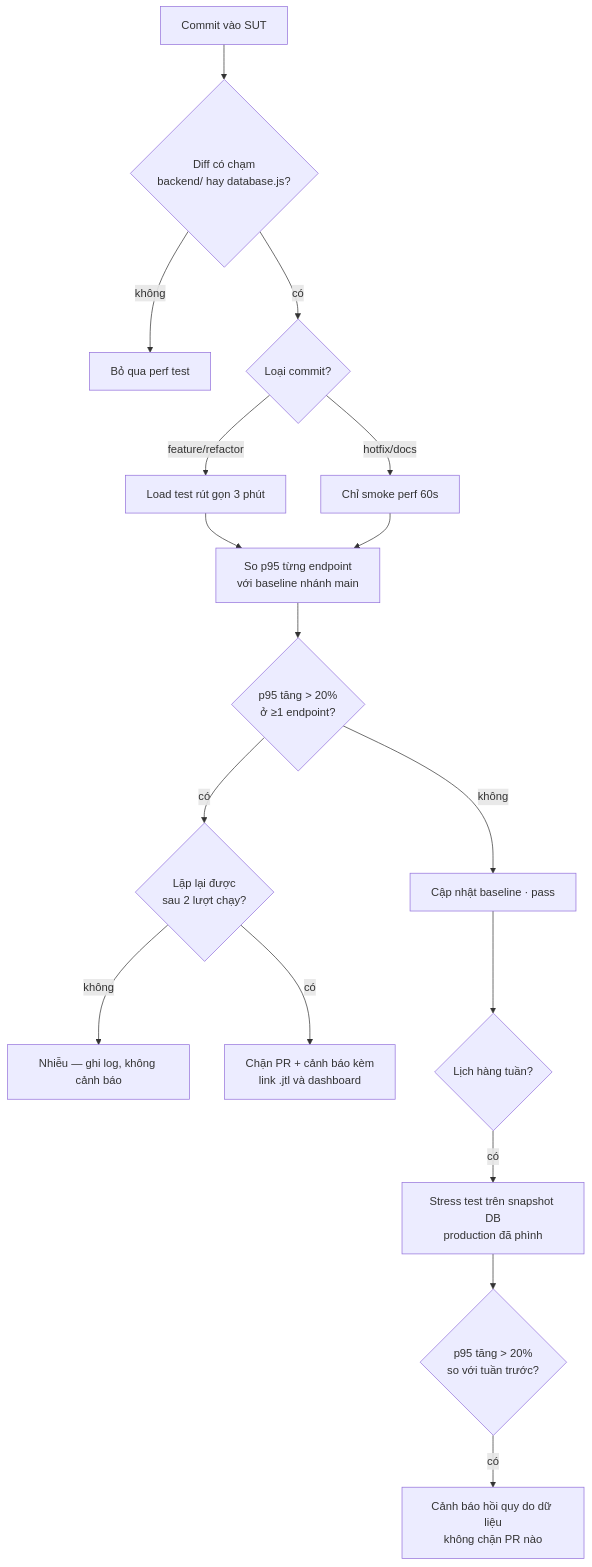
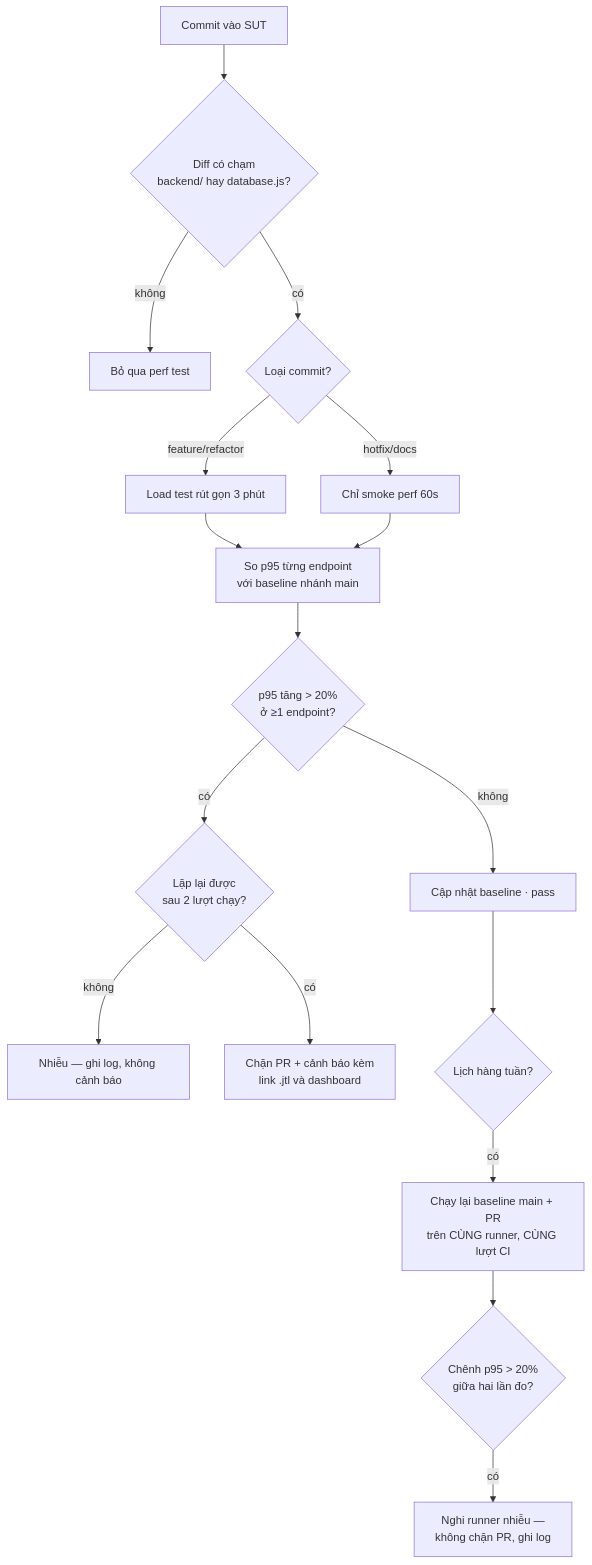
The diagram in report/main-report.md (DuyITLOR/HW05-Performance-Testing), drawn with Mermaid before and after one commit. The commit also changed other lines of this file and 78 other files, not shown here.

````diff
--- a/report/main-report.md
+++ b/report/main-report.md
@@ -392,19 +416,19 @@
 ```mermaid
 flowchart TD
     A[Commit vào SUT] --> B{Diff có chạm<br/>backend/ hay database.js?}
     B -- không --> Z[Bỏ qua perf test]
     B -- có --> C{Loại commit?}
     C -- hotfix/docs --> D[Chỉ smoke perf 60s]
     C -- feature/refactor --> E[Load test rút gọn 3 phút]
     E --> F[So p95 từng endpoint<br/>với baseline nhánh main]
     D --> F
     F --> G{p95 tăng > 20%<br/>ở ≥1 endpoint?}
     G -- không --> H[Cập nhật baseline · pass]
     G -- có --> I{Lặp lại được<br/>sau 2 lượt chạy?}
     I -- không --> J[Nhiễu — ghi log, không cảnh báo]
     I -- có --> K[Chặn PR + cảnh báo kèm<br/>link .jtl và dashboard]
     H --> L{Lịch hàng tuần?}
-    L -- có --> M[Stress test trên snapshot DB<br/>production đã phình]
-    M --> N{p95 tăng > 20%<br/>so với tuần trước?}
-    N -- có --> O[Cảnh báo hồi quy do dữ liệu<br/>không chặn PR nào]
+    L -- có --> M[Chạy lại baseline main + PR<br/>trên CÙNG runner, CÙNG lượt CI]
+    M --> N{Chênh p95 > 20%<br/>giữa hai lần đo?}
+    N -- có --> O[Nghi runner nhiễu —<br/>không chặn PR, ghi log]
 ```
````
